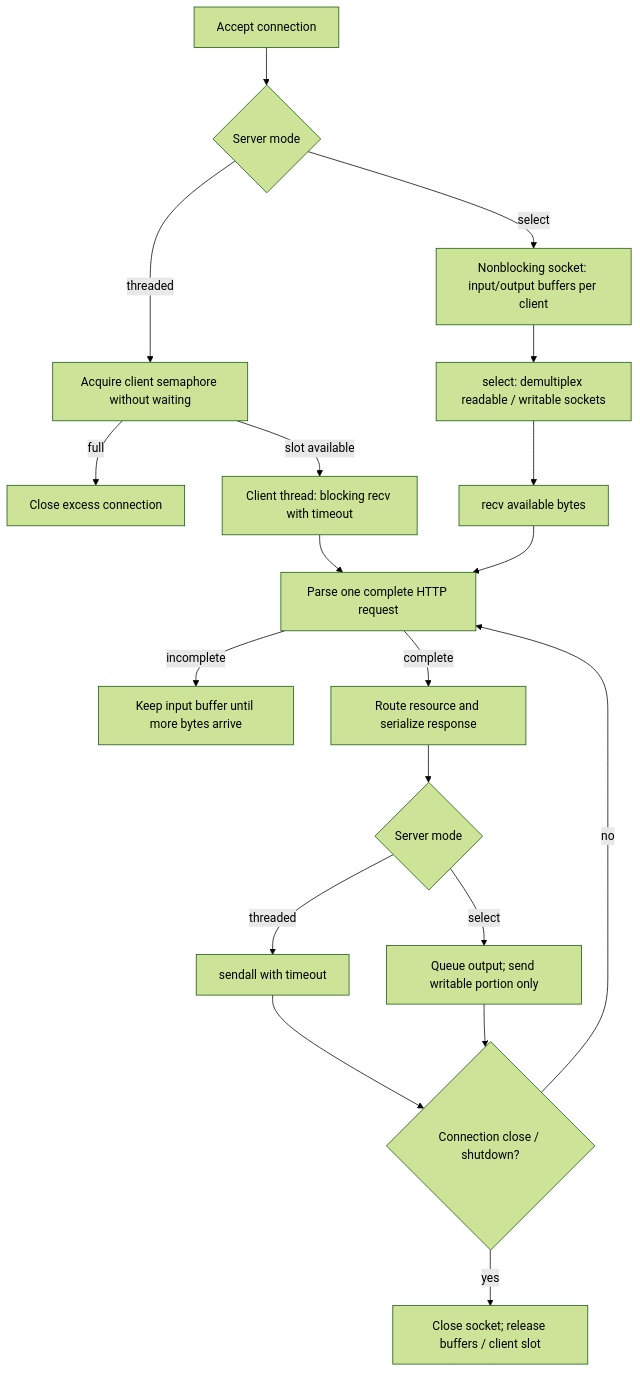
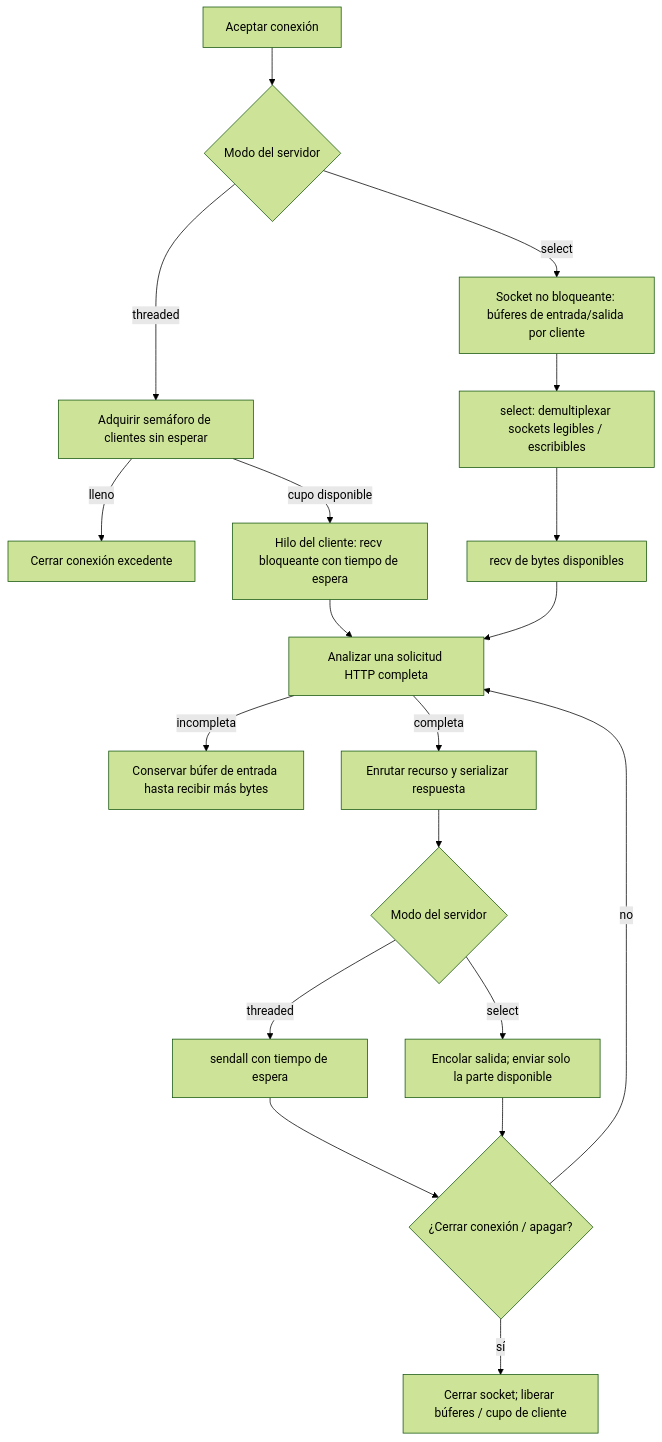
One commit to adrianmovaz/DistributedNetworkMonitor changed the second of 2 diagrams in docs/architecture.md. Above: the diagram before and after it, drawn with Mermaid (forest theme). The commit also changed other lines of this file and 17 other files, not shown here.

````diff
--- a/docs/architecture.md
+++ b/docs/architecture.md
@@ -31,21 +32,21 @@
 ```mermaid
 flowchart TD
-    Accept[Accept connection] --> Mode{Server mode}
-    Mode -->|threaded| Limit[Acquire client semaphore without waiting]
-    Limit -->|full| Reject[Close excess connection]
-    Limit -->|slot available| Worker[Client thread: blocking recv with timeout]
-    Mode -->|select| Buffers[Nonblocking socket: input/output buffers per client]
-    Buffers --> Ready[select: demultiplex readable / writable sockets]
-    Ready --> Read[recv available bytes]
-    Worker --> Parse[Parse one complete HTTP request]
+    Accept[Aceptar conexión] --> Mode{Modo del servidor}
+    Mode -->|threaded| Limit[Adquirir semáforo de clientes sin esperar]
+    Limit -->|lleno| Reject[Cerrar conexión excedente]
+    Limit -->|cupo disponible| Worker[Hilo del cliente: recv bloqueante con tiempo de espera]
+    Mode -->|select| Buffers[Socket no bloqueante: búferes de entrada/salida por cliente]
+    Buffers --> Ready[select: demultiplexar sockets legibles / escribibles]
+    Ready --> Read[recv de bytes disponibles]
+    Worker --> Parse[Analizar una solicitud HTTP completa]
     Read --> Parse
-    Parse -->|incomplete| Wait[Keep input buffer until more bytes arrive]
-    Parse -->|complete| Route[Route resource and serialize response]
-    Route --> Write{Server mode}
-    Write -->|threaded| Send[sendall with timeout]
-    Write -->|select| Partial[Queue output; send writable portion only]
-    Send --> Keep{Connection close / shutdown?}
+    Parse -->|incompleta| Wait[Conservar búfer de entrada hasta recibir más bytes]
+    Parse -->|completa| Route[Enrutar recurso y serializar respuesta]
+    Route --> Write{Modo del servidor}
+    Write -->|threaded| Send[sendall con tiempo de espera]
+    Write -->|select| Partial[Encolar salida; enviar solo la parte disponible]
+    Send --> Keep{¿Cerrar conexión / apagar?}
     Partial --> Keep
     Keep -->|no| Parse
-    Keep -->|yes| Cleanup[Close socket; release buffers / client slot]
+    Keep -->|sí| Cleanup[Cerrar socket; liberar búferes / cupo de cliente]
 ```
````
